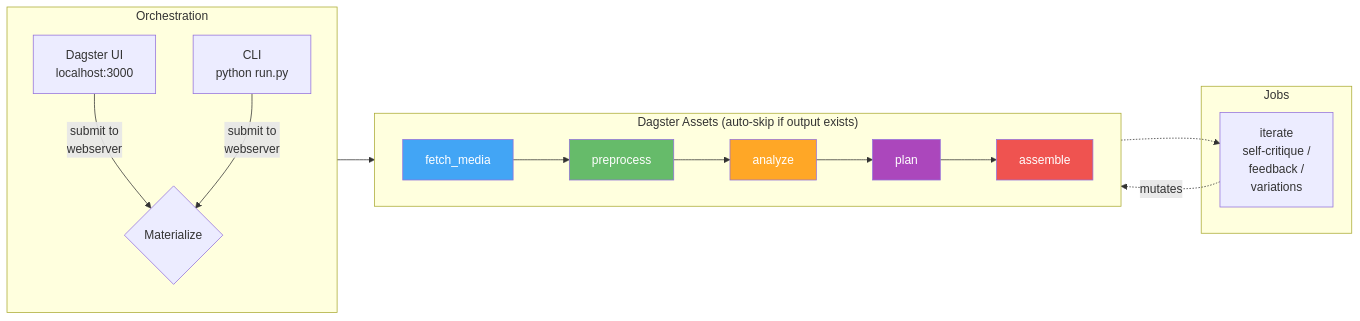
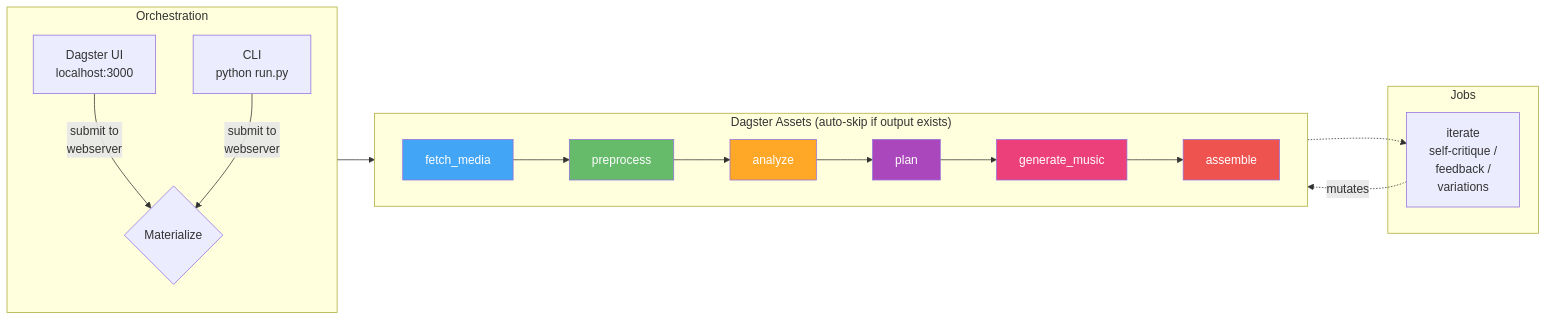
Before and after one commit to Guoyuer/reelsmith: the diagram in README.md, drawn with Mermaid. The commit also changed other lines of this file, not shown here.

````diff
--- a/README.md
+++ b/README.md
@@ -7,30 +7,32 @@
 ```mermaid
 flowchart LR
     subgraph Orchestration
         direction TB
         DG[Dagster UI<br/>localhost:3000]
         CLI[CLI<br/>python run.py]
         DG & CLI -->|submit to<br/>webserver| MAT{Materialize}
     end
 
     subgraph "Dagster Assets (auto-skip if output exists)"
         direction LR
         FM[fetch_media] --> PP[preprocess]
         PP --> AN[analyze]
         AN --> PL[plan]
-        PL --> AS[assemble]
+        PL --> GM[generate_music]
+        GM --> AS[assemble]
     end
 
     subgraph "Jobs"
         IT[iterate<br/>self-critique /<br/>feedback /<br/>variations]
     end
 
     MAT --> FM
     AS -.-> IT -.->|mutates| PL
 
     style FM fill:#42A5F5,color:#fff
     style PP fill:#66BB6A,color:#fff
     style AN fill:#FFA726,color:#fff
     style PL fill:#AB47BC,color:#fff
+    style GM fill:#EC407A,color:#fff
     style AS fill:#EF5350,color:#fff
 ```
````
